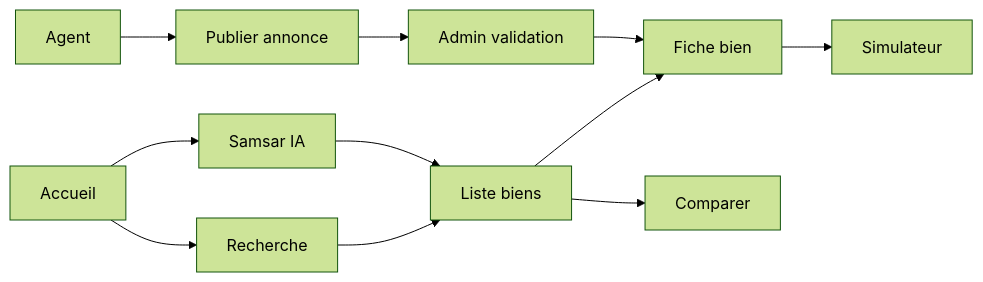
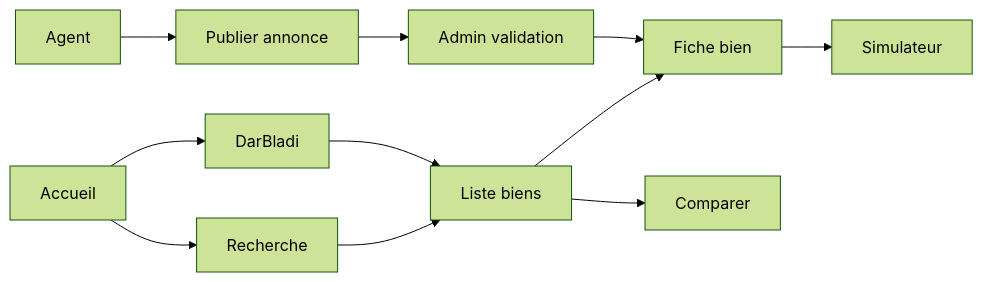
The first of 2 diagrams in docs/USER_FLOWS.md (drissaj97/immo), drawn with Mermaid (forest theme) before and after one commit. The commit also changed other lines of this file and 54 other files, not shown here.

First line of the commit message:
feat: Phase 3 DarBladi — assistant IA + rebranding complet

````diff
--- a/docs/USER_FLOWS.md
+++ b/docs/USER_FLOWS.md
@@ -5,13 +5,13 @@
 ```mermaid
 flowchart LR
     A[Accueil] --> B[Recherche]
-    A --> C[Samsar IA]
+    A --> C[DarBladi]
     B --> D[Liste biens]
     C --> D
     D --> E[Fiche bien]
     D --> F[Comparer]
     E --> G[Simulateur]
     H[Agent] --> I[Publier annonce]
     I --> J[Admin validation]
     J --> E
 ```
````
